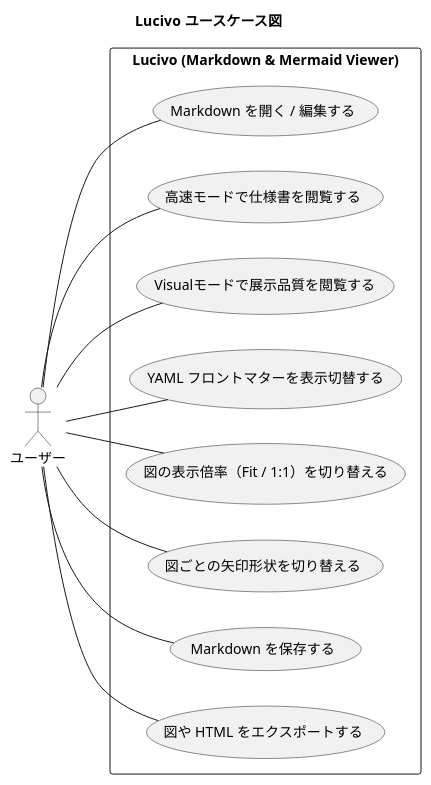
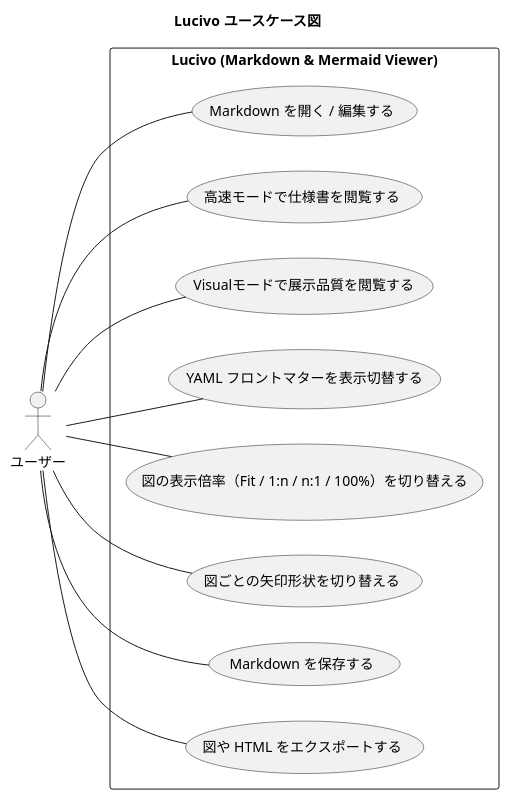
One commit to prankster-freedom/Lucivo changed the first of 2 diagrams in doc/1.SRS.md. Above: the diagram before and after it, drawn with PlantUML. The commit also changed other lines of this file and 6 other files, not shown here.

First line of the commit message:
doc(diagram): 図の表示倍率の要求と設計、TC-DIAG-039・040 を書き、README とサンプルの表記を改める

````diff
--- a/doc/1.SRS.md
+++ b/doc/1.SRS.md
@@ -99,28 +99,28 @@
 ```plantuml
 @startuml
 title Lucivo ユースケース図
 left to right direction
 
 actor "ユーザー" as User
 
 rectangle "Lucivo (Markdown & Mermaid Viewer)" {
   usecase "Markdown を開く / 編集する" as UC_Edit
   usecase "高速モードで仕様書を閲覧する" as UC_ViewNormal
   usecase "Visualモードで展示品質を閲覧する" as UC_ViewVisual
   usecase "YAML フロントマターを表示切替する" as UC_YAML
-  usecase "図の表示倍率（Fit / 1:1）を切り替える" as UC_Fit
+  usecase "図の表示倍率（Fit / 1:n / n:1 / 100%）を切り替える" as UC_Fit
   usecase "図ごとの矢印形状を切り替える" as UC_Edge
   usecase "Markdown を保存する" as UC_Save
   usecase "図や HTML をエクスポートする" as UC_Export
 
   User -- UC_Edit
   User -- UC_ViewNormal
   User -- UC_ViewVisual
   User -- UC_YAML
   User -- UC_Fit
   User -- UC_Edge
   User -- UC_Save
   User -- UC_Export
 }
 @enduml
 ```
````
